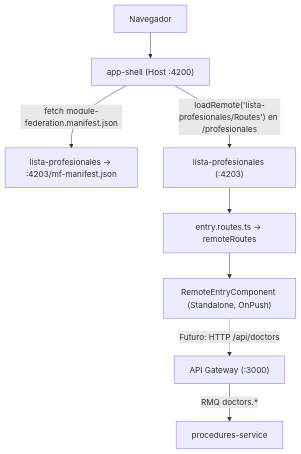
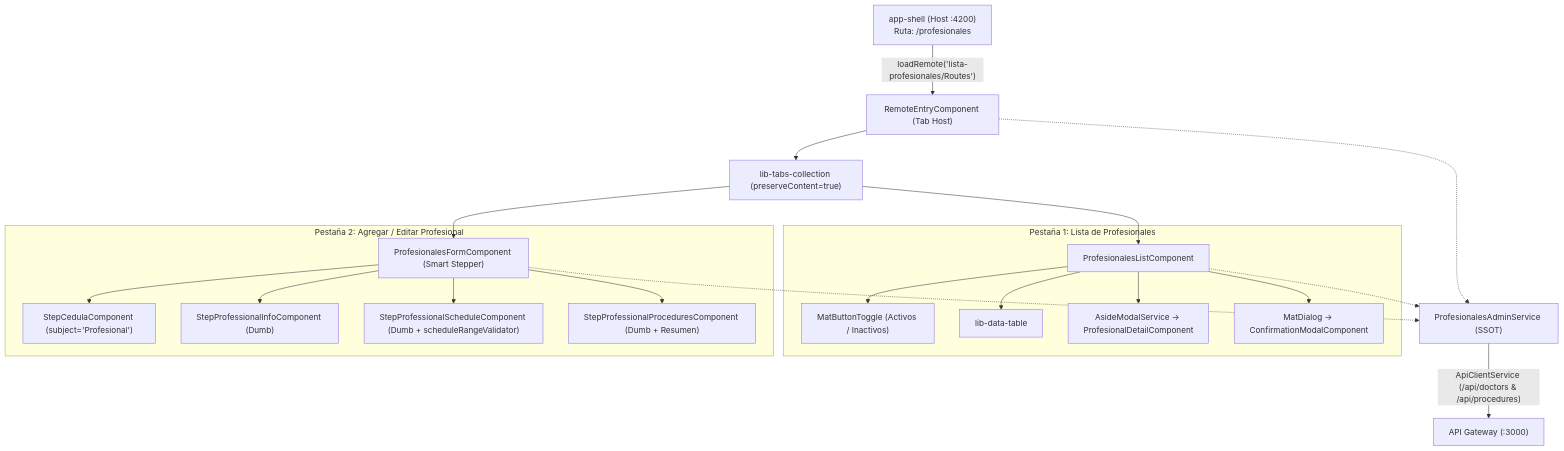
Before and after one commit to ctg-angular-lab/nx-boilerplate: the diagram in docs/documentacion-front/lista-profesionales.md, drawn with Mermaid. The commit also changed other lines of this file and 12 other files, not shown here.

First line of the commit message:
docs: modularize backend and frontend documentation architecture

````diff
--- a/docs/documentacion-front/lista-profesionales.md
+++ b/docs/documentacion-front/lista-profesionales.md
@@ -38,10 +27,28 @@
 ```mermaid
 graph TD
-    Browser["Navegador"] --> Shell["app-shell (Host :4200)"]
-    Shell -->|"fetch module-federation.manifest.json"| Manifest["lista-profesionales → :4203/mf-manifest.json"]
-    Shell -->|"loadRemote('lista-profesionales/Routes') en /profesionales"| Remote["lista-profesionales (:4203)"]
-    Remote --> Entry["entry.routes.ts → remoteRoutes"]
-    Entry --> Comp["RemoteEntryComponent (Standalone, OnPush)"]
-    Comp -.->|"Futuro: HTTP /api/doctors"| GW["API Gateway (:3000)"]
-    GW -->|"RMQ doctors.*"| PS["procedures-service"]
+    Shell["app-shell (Host :4200)\nRuta: /profesionales"] -->|"loadRemote('lista-profesionales/Routes')"| Entry["RemoteEntryComponent (Tab Host)"]
+    
+    Entry --> Tabs["lib-tabs-collection (preserveContent=true)"]
+    
+    subgraph Tab_1 ["Pestaña 1: Lista de Profesionales"]
+        List["ProfesionalesListComponent"]
+        List --> Toggle["MatButtonToggle (Activos / Inactivos)"]
+        List --> DT["lib-data-table"]
+        List --> Aside["AsideModalService -> ProfesionalDetailComponent"]
+        List --> Confirm["MatDialog -> ConfirmationModalComponent"]
+    end
+
+    subgraph Tab_2 ["Pestaña 2: Agregar / Editar Profesional"]
+        Form["ProfesionalesFormComponent (Smart Stepper)"]
+        Form --> S1["StepCedulaComponent (subject='Profesional')"]
+        Form --> S2["StepProfessionalInfoComponent (Dumb)"]
+        Form --> S3["StepProfessionalScheduleComponent (Dumb + scheduleRangeValidator)"]
+        Form --> S4["StepProfessionalProceduresComponent (Dumb + Resumen)"]
+    end
+
+    Tabs --> List
+    Tabs --> Form
+
+    Entry & List & Form -.-> SSOT["ProfesionalesAdminService (SSOT)"]
+    SSOT -->|"ApiClientService (/api/doctors & /api/procedures)"| GW["API Gateway (:3000)"]
 ```
````
